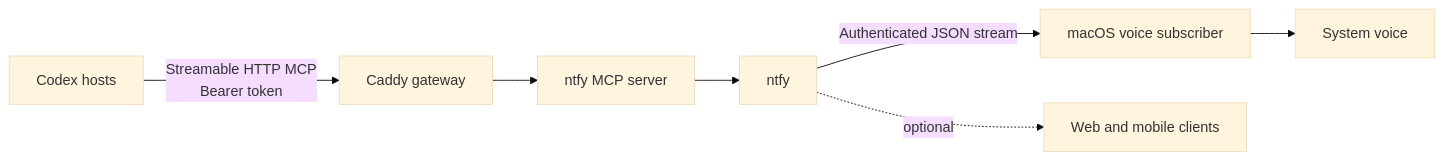
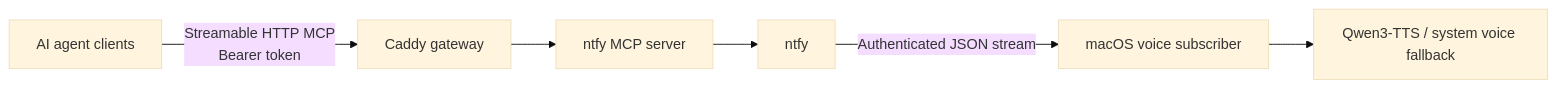
The diagram in README.md (Seker800/SekerCallMe), drawn with Mermaid (base theme) before and after one commit. The commit also changed other lines of this file and 4 other files, not shown here.

````diff
--- a/README.md
+++ b/README.md
@@ -39,9 +37,8 @@
 ```mermaid
 flowchart LR
-    Codex[Codex hosts] -->|Streamable HTTP MCP<br/>Bearer token| Caddy[Caddy gateway]
+    Agents[AI agent clients] -->|Streamable HTTP MCP<br/>Bearer token| Caddy[Caddy gateway]
     Caddy --> MCP[ntfy MCP server]
     MCP --> Ntfy[ntfy]
     Ntfy -->|Authenticated JSON stream| Mac[macOS voice subscriber]
-    Mac --> Say[System voice]
-    Ntfy -. optional .-> Mobile[Web and mobile clients]
+    Mac --> Speech[Qwen3-TTS / system voice fallback]
 ```
````
